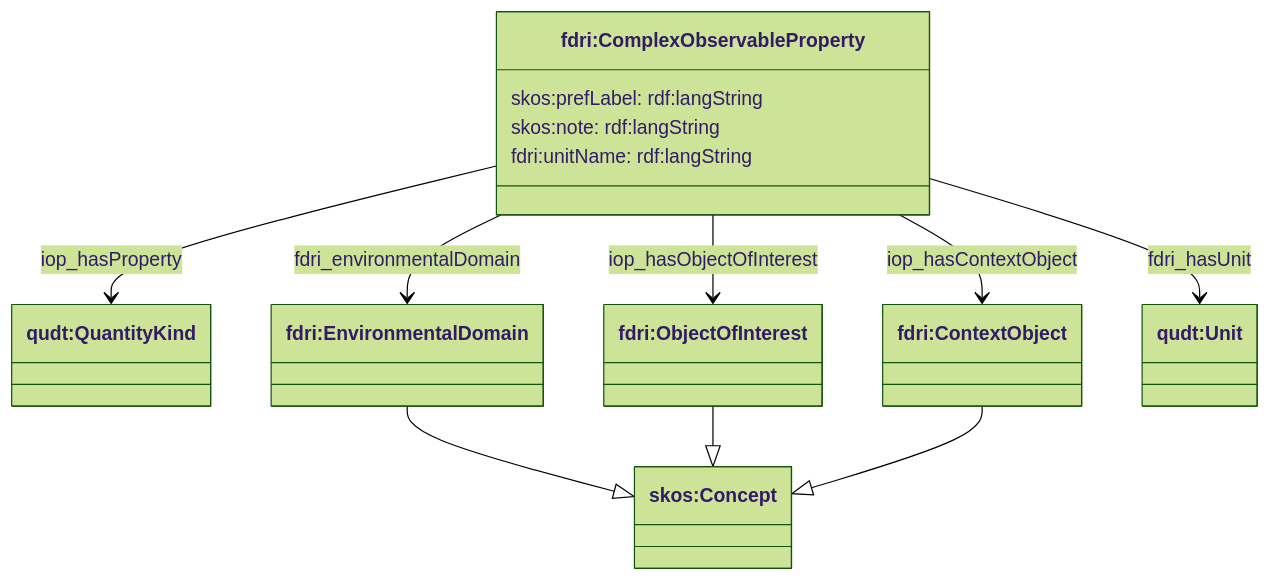
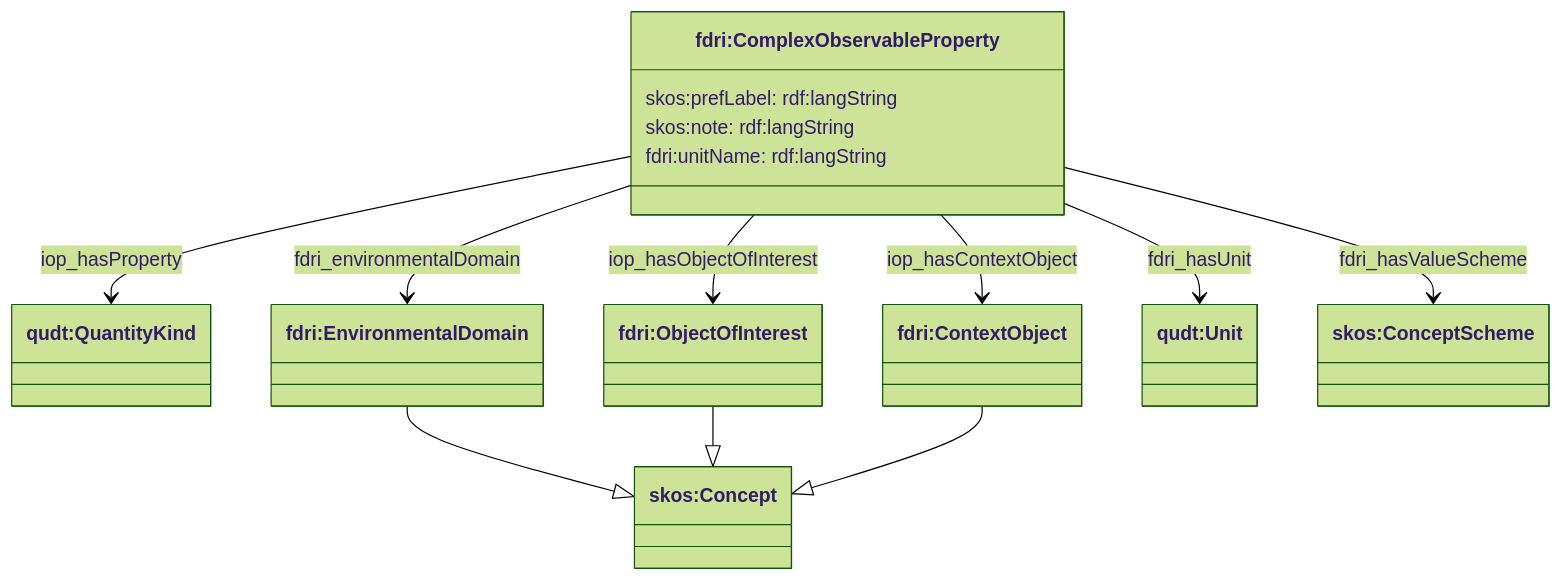
Before and after one commit to NERC-CEH/fdri-ontology: the third of 3 diagrams in ontology/doc/observations-observable-properties.md, drawn with Mermaid (forest theme). The commit also changed other lines of this file and 5 other files, not shown here.

````diff
--- a/ontology/doc/observations-observable-properties.md
+++ b/ontology/doc/observations-observable-properties.md
@@ -94,22 +95,24 @@
 ```mermaid
 classDiagram
   class COP["fdri:ComplexObservableProperty"] {
     skos:prefLabel: rdf:langString
     skos:note: rdf:langString
     fdri:unitName: rdf:langString
   }
   class QuantityKind["qudt:QuantityKind"]
   class EnvironmentalDomain["fdri:EnvironmentalDomain"]
   class ObjectOfInterest["fdri:ObjectOfInterest"]
   class ContextObject["fdri:ContextObject"]
   class Unit["qudt:Unit"]
   class Concept["skos:Concept"]
+  class ConceptScheme["skos:ConceptScheme"]
   COP --> QuantityKind: iop_hasProperty
   COP --> ObjectOfInterest: iop_hasObjectOfInterest
   COP --> ContextObject: iop_hasContextObject
   COP --> EnvironmentalDomain: fdri_environmentalDomain
   COP --> Unit: fdri_hasUnit
+  COP --> ConceptScheme: fdri_hasValueScheme
   EnvironmentalDomain --|> Concept
   ObjectOfInterest --|> Concept
   ContextObject --|> Concept
 ```
````
